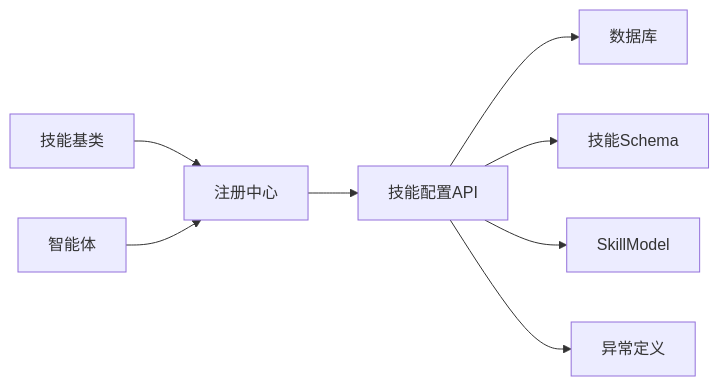
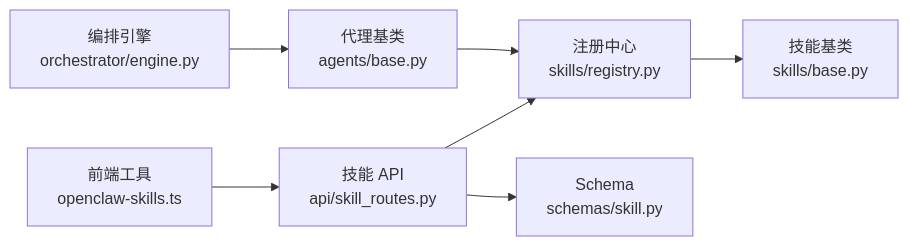
The seventh of 7 diagrams in .qoder/repowiki/zh/content/技能系统/技能系统.md (sansansansansan2022-web/hotclaw), drawn with Mermaid before and after one commit. The commit also changed other lines of this file and 288 other files, not shown here.

````diff
--- a/.qoder/repowiki/zh/content/技能系统/技能系统.md
+++ b/.qoder/repowiki/zh/content/技能系统/技能系统.md
@@ -269,10 +291,9 @@
 ```mermaid
 graph LR
-Base["技能基类"] --> Reg["注册中心"]
-Reg --> Routes["技能配置API"]
-Routes --> DB["数据库"]
-Agent["智能体"] --> Reg
-Routes --> Schemas["技能Schema"]
-Routes --> Models["SkillModel"]
-Routes --> Exceptions["异常定义"]
+API["技能 API<br/>api/skill_routes.py"] --> REG["注册中心<br/>skills/registry.py"]
+API --> SCH["Schema<br/>schemas/skill.py"]
+REG --> BASE["技能基类<br/>skills/base.py"]
+ORCH["编排引擎<br/>orchestrator/engine.py"] --> AGENT["代理基类<br/>agents/base.py"]
+AGENT --> REG
+FE["前端工具<br/>openclaw-skills.ts"] --> API
 ```
````
